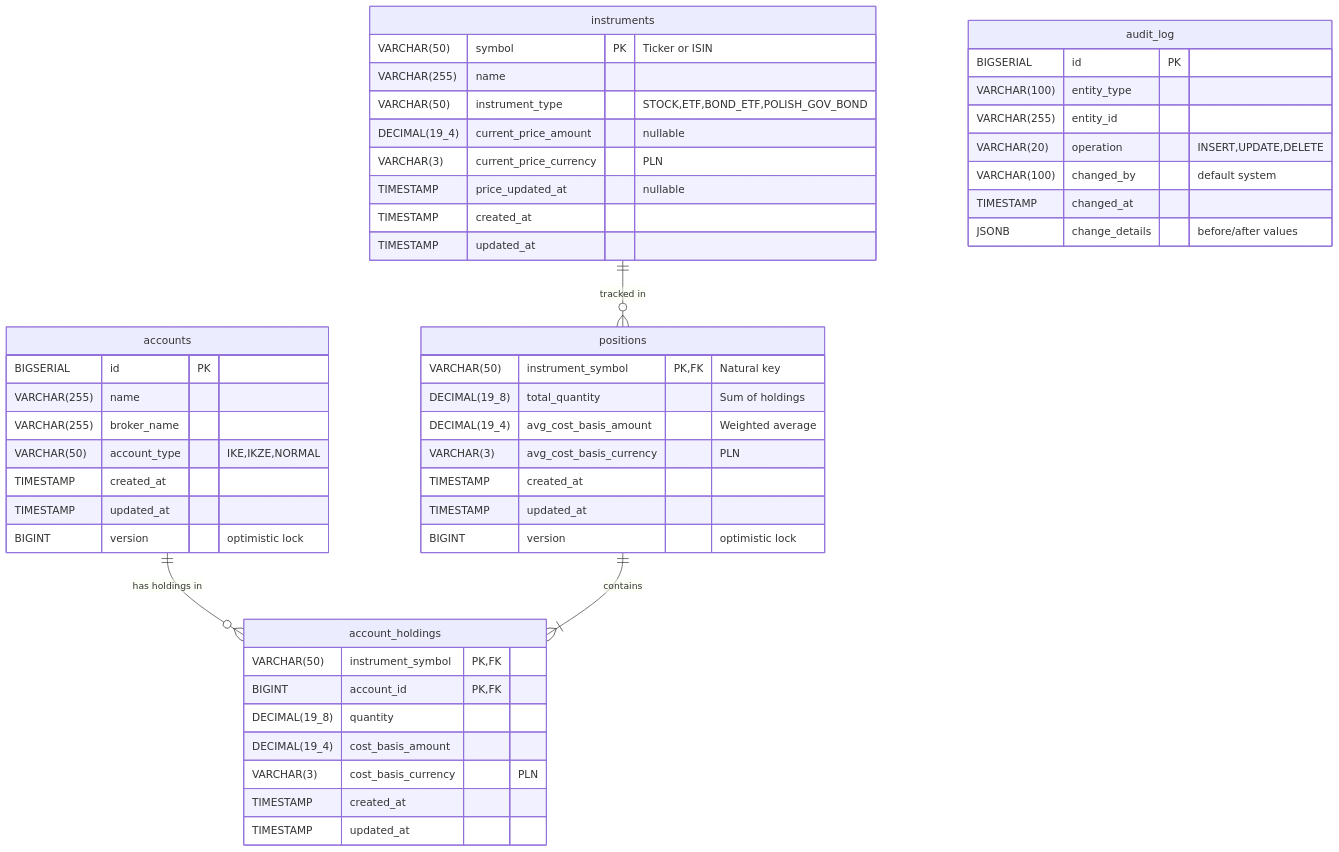
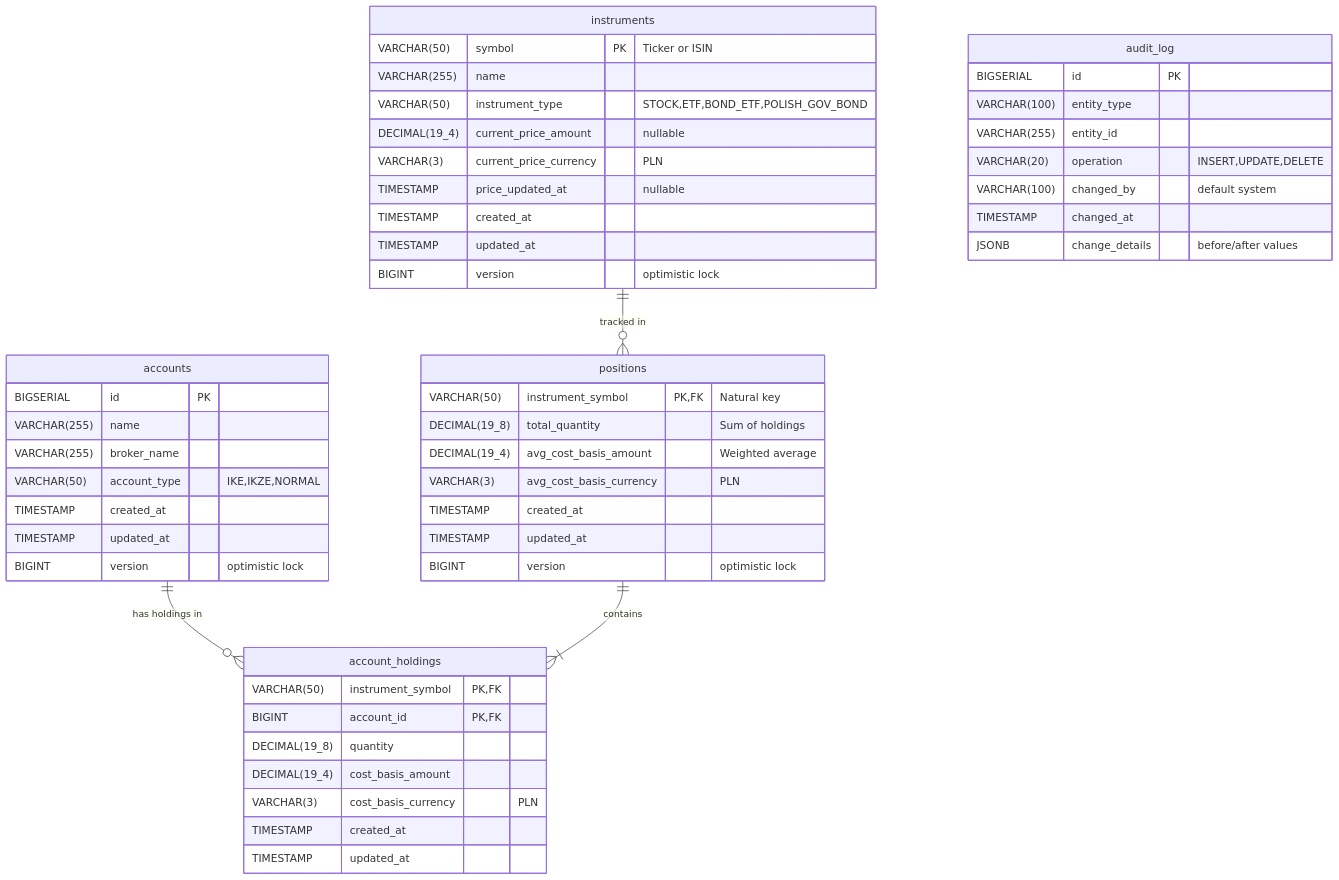
One commit to rzodkiewiczmichal/investments-tracker changed the diagram in docs/diagrams/database-schema.md. Above: the diagram before and after it, drawn with Mermaid. The commit also changed 2 other files, not shown here.

Commit message:
Improve database schema based on v0.1 SQL review
Schema improvements:
- Add optimistic locking (version column) to instruments table
- Add PLN-only currency constraints (enforces FR-089)
- Remove redundant index on account_holdings(instrument_symbol)
- Add increment_version() trigger function for instruments

Changes align with v0.1 functional requirements (manual entry + portfolio viewing).
No covering indexes needed - current indexes optimal for small dataset (10-50 positions).

🤖 Generated with [Claude Code](https://claude.com/claude-code)

````diff
--- a/docs/diagrams/database-schema.md
+++ b/docs/diagrams/database-schema.md
@@ -5,57 +5,58 @@
 ```mermaid
 erDiagram
     accounts ||--o{ account_holdings : "has holdings in"
     instruments ||--o{ positions : "tracked in"
     positions ||--|{ account_holdings : "contains"
 
     accounts {
         BIGSERIAL id PK
         VARCHAR(255) name
         VARCHAR(255) broker_name
         VARCHAR(50) account_type "IKE,IKZE,NORMAL"
         TIMESTAMP created_at
         TIMESTAMP updated_at
         BIGINT version "optimistic lock"
     }
 
     instruments {
         VARCHAR(50) symbol PK "Ticker or ISIN"
         VARCHAR(255) name
         VARCHAR(50) instrument_type "STOCK,ETF,BOND_ETF,POLISH_GOV_BOND"
         DECIMAL(19_4) current_price_amount "nullable"
         VARCHAR(3) current_price_currency "PLN"
         TIMESTAMP price_updated_at "nullable"
         TIMESTAMP created_at
         TIMESTAMP updated_at
+        BIGINT version "optimistic lock"
     }
 
     positions {
         VARCHAR(50) instrument_symbol PK,FK "Natural key"
         DECIMAL(19_8) total_quantity "Sum of holdings"
         DECIMAL(19_4) avg_cost_basis_amount "Weighted average"
         VARCHAR(3) avg_cost_basis_currency "PLN"
         TIMESTAMP created_at
         TIMESTAMP updated_at
         BIGINT version "optimistic lock"
     }
 
     account_holdings {
         VARCHAR(50) instrument_symbol PK,FK
         BIGINT account_id PK,FK
         DECIMAL(19_8) quantity
         DECIMAL(19_4) cost_basis_amount
         VARCHAR(3) cost_basis_currency "PLN"
         TIMESTAMP created_at
         TIMESTAMP updated_at
     }
 
     audit_log {
         BIGSERIAL id PK
         VARCHAR(100) entity_type
         VARCHAR(255) entity_id
         VARCHAR(20) operation "INSERT,UPDATE,DELETE"
         VARCHAR(100) changed_by "default system"
         TIMESTAMP changed_at
         JSONB change_details "before/after values"
     }
 ```
````
